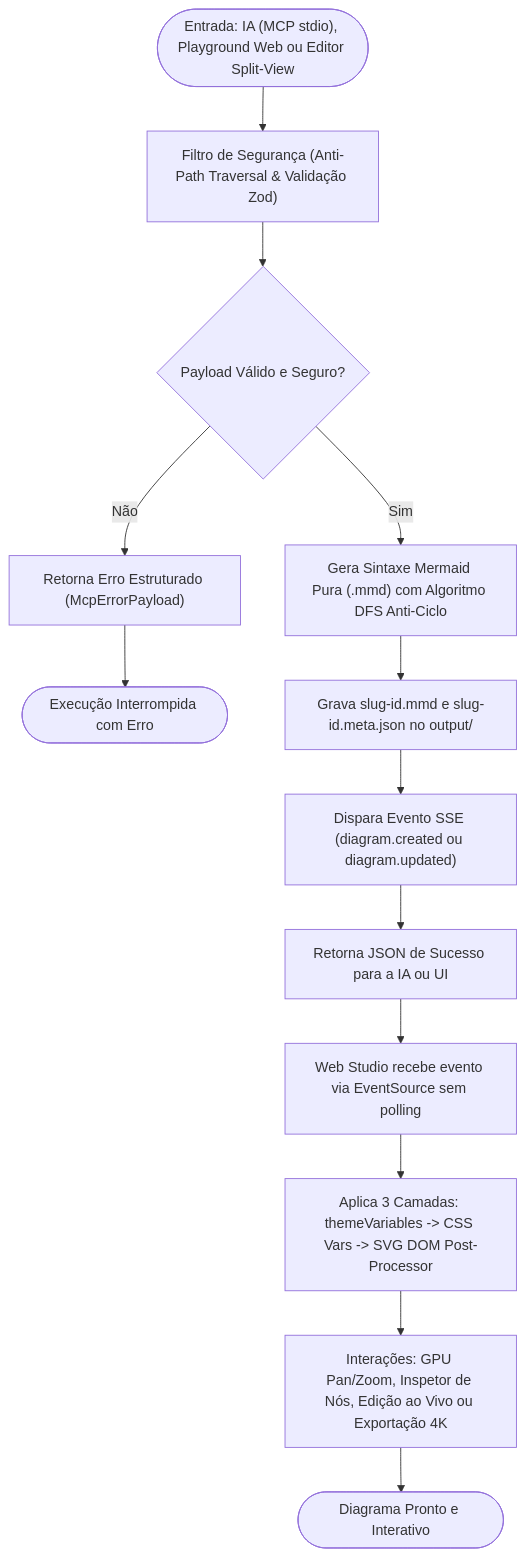
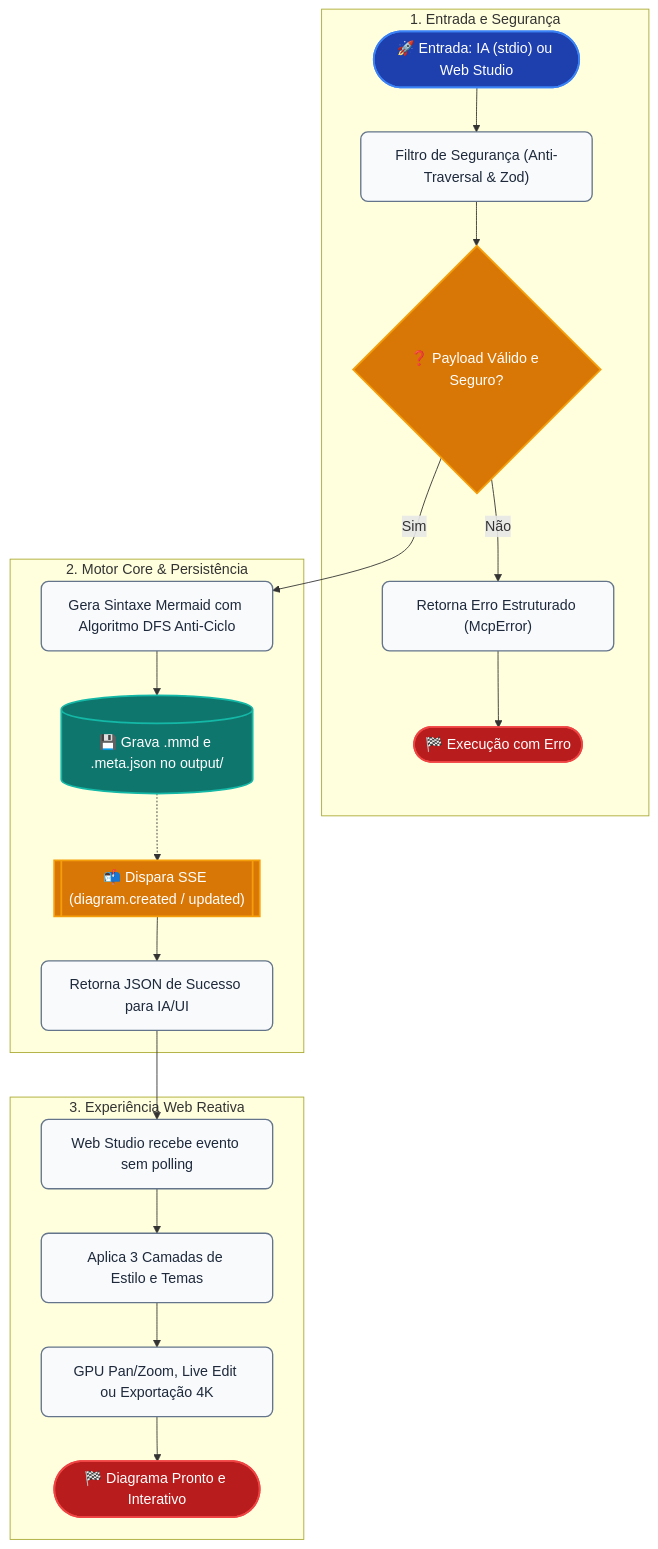
The diagram in output/self-doc-flowchart.mmd (70gurupia/archview), drawn with Mermaid before and after one commit. The commit also changed 16 other files, not shown here.

```diff
--- a/output/self-doc-flowchart.mmd
+++ b/output/self-doc-flowchart.mmd
@@ -1,26 +1,48 @@
 flowchart TB
-  input_source(["Entrada: IA (MCP stdio), Playground Web ou Editor Split-View"])
-  sec_filter["Filtro de Segurança (Anti-Path Traversal & Validação Zod)"]
-  valid_gate{"Payload Válido e Seguro?"}
-  error_block["Retorna Erro Estruturado (McpErrorPayload)"]
-  end_error(["Execução Interrompida com Erro"])
-  build_mermaid["Gera Sintaxe Mermaid Pura (.mmd) com Algoritmo DFS Anti-Ciclo"]
-  write_meta["Grava slug-id.mmd e slug-id.meta.json no output/"]
-  sse_emit["Dispara Evento SSE (diagram.created ou diagram.updated)"]
-  resp_client["Retorna JSON de Sucesso para a IA ou UI"]
-  fe_catch["Web Studio recebe evento via EventSource sem polling"]
-  apply_themes["Aplica 3 Camadas: themeVariables -> CSS Vars -> SVG DOM Post-Processor"]
-  user_actions["Interações: GPU Pan/Zoom, Inspetor de Nós, Edição ao Vivo ou Exportação 4K"]
-  end_done(["Diagrama Pronto e Interativo"])
+  subgraph sg_1[" 1. Entrada e Segurança "]
+    input_source(["🚀 Entrada: IA (stdio) ou Web Studio"])
+    sec_filter["Filtro de Segurança (Anti-Traversal & Zod)"]
+    valid_gate{"❓ Payload Válido e Seguro?"}
+    error_block["Retorna Erro Estruturado (McpError)"]
+    end_error(["🏁 Execução com Erro"])
+  end
+
+  subgraph sg_2[" 2. Motor Core & Persistência "]
+    build_mermaid["Gera Sintaxe Mermaid com Algoritmo DFS Anti-Ciclo"]
+    write_meta[("💾 Grava .mmd e .meta.json no output/")]
+    sse_emit[["📬 Dispara SSE (diagram.created / updated)"]]
+    resp_client["Retorna JSON de Sucesso para IA/UI"]
+  end
+
+  subgraph sg_3[" 3. Experiência Web Reativa "]
+    fe_catch["Web Studio recebe evento sem polling"]
+    apply_themes["Aplica 3 Camadas de Estilo e Temas"]
+    user_actions["GPU Pan/Zoom, Live Edit ou Exportação 4K"]
+    end_done(["🏁 Diagrama Pronto e Interativo"])
+  end
+
   input_source --> sec_filter
   sec_filter --> valid_gate
   valid_gate -- "Sim" --> build_mermaid
   valid_gate -- "Não" --> error_block
   error_block --> end_error
   build_mermaid --> write_meta
-  write_meta --> sse_emit
+  write_meta -.-> sse_emit
   sse_emit --> resp_client
   resp_client --> fe_catch
   fe_catch --> apply_themes
   apply_themes --> user_actions
   user_actions --> end_done
+
+  classDef default fill:#F8FAFC,stroke:#64748B,stroke-width:1.5px,color:#1E293B,rx:8px,ry:8px;
+  classDef primary fill:#1E40AF,stroke:#3B82F6,stroke-width:2px,color:#FFFFFF,rx:8px,ry:8px;
+  classDef success fill:#0F766E,stroke:#14B8A6,stroke-width:2px,color:#FFFFFF,rx:8px,ry:8px;
+  classDef accent fill:#3730A3,stroke:#818CF8,stroke-width:2px,color:#FFFFFF,rx:8px,ry:8px;
+  classDef warning fill:#D97706,stroke:#F59E0B,stroke-width:2px,color:#FFFFFF,rx:8px,ry:8px;
+  classDef danger fill:#B91C1C,stroke:#EF4444,stroke-width:2px,color:#FFFFFF,rx:8px,ry:8px;
+  class input_source primary;
+  class valid_gate warning;
+  class end_error danger;
+  class write_meta success;
+  class sse_emit warning;
+  class end_done danger;
```
